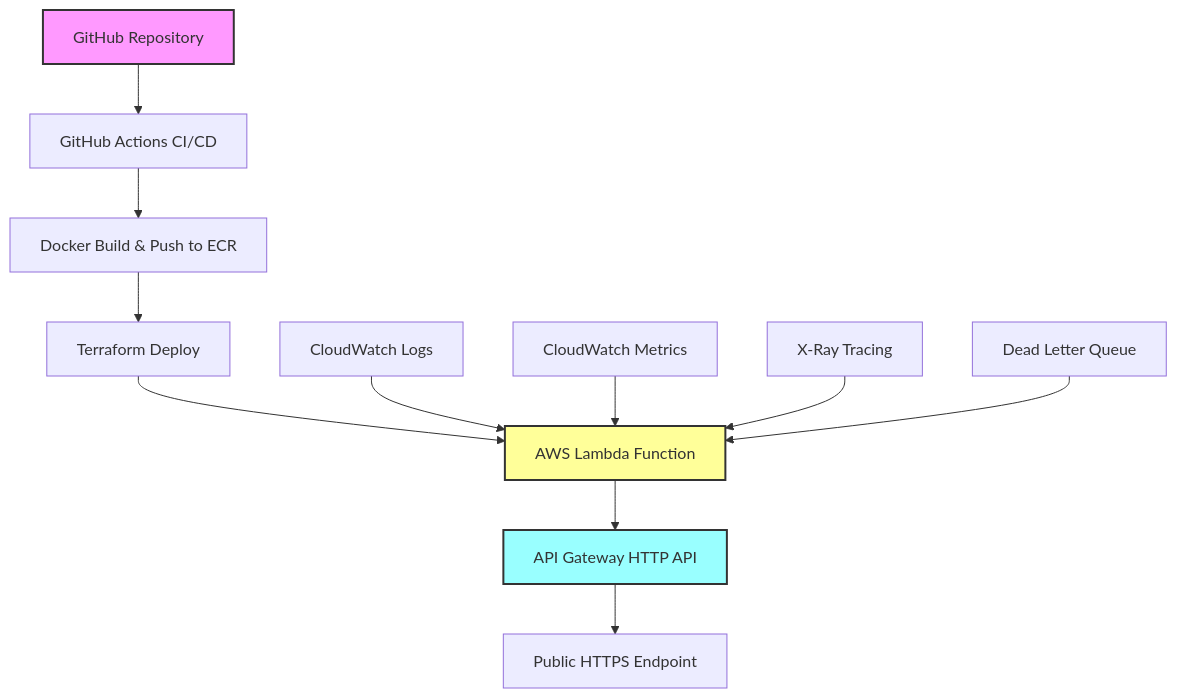
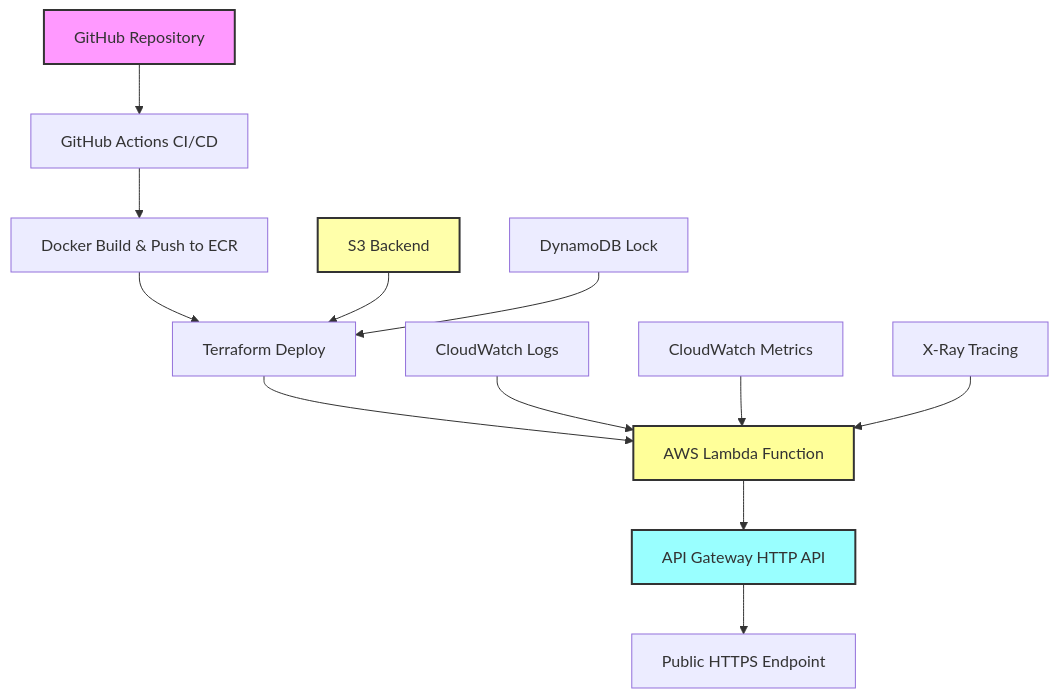
Before and after one commit to alisrios/aws-lambda-container-api: the diagram in README.md, drawn with Mermaid. The commit also changed other lines of this file and 4 other files, not shown here.

````diff
--- a/README.md
+++ b/README.md
@@ -29,18 +274,20 @@
 ```mermaid
 graph TB
     A[GitHub Repository] --> B[GitHub Actions CI/CD]
     B --> C[Docker Build & Push to ECR]
     C --> D[Terraform Deploy]
     D --> E[AWS Lambda Function]
     E --> F[API Gateway HTTP API]
     F --> G[Public HTTPS Endpoint]
     
-    H[CloudWatch Logs] --> E
-    I[CloudWatch Metrics] --> E
-    J[X-Ray Tracing] --> E
-    K[Dead Letter Queue] --> E
+    H[S3 Backend] --> D
+    I[DynamoDB Lock] --> D
+    J[CloudWatch Logs] --> E
+    K[CloudWatch Metrics] --> E
+    L[X-Ray Tracing] --> E
     
     style A fill:#f9f,stroke:#333,stroke-width:2px
     style E fill:#ff9,stroke:#333,stroke-width:2px
     style F fill:#9ff,stroke:#333,stroke-width:2px
+    style H fill:#ffa,stroke:#333,stroke-width:2px
 ```
````
